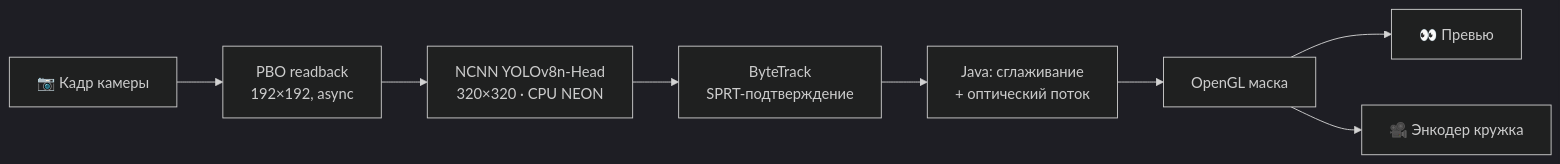
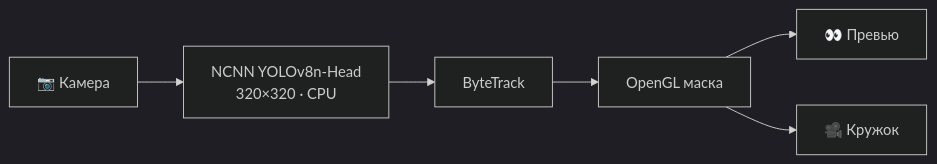
The diagram in README.md (gemeguardian/BlurFaces), drawn with Mermaid (dark theme) before and after one commit. The commit also changed other lines of this file, not shown here.

````diff
--- a/README.md
+++ b/README.md
@@ -35,10 +46,8 @@
 ```mermaid
 flowchart LR
-    A[📷 Кадр камеры] --> B[PBO readback<br/>192×192, async]
-    B --> C[NCNN YOLOv8n-Head<br/>320×320 · CPU NEON]
-    C --> D[ByteTrack<br/>SPRT-подтверждение]
-    D --> E[Java: сглаживание<br/>+ оптический поток]
-    E --> F[OpenGL маска]
-    F --> G[👀 Превью]
-    F --> H[🎥 Энкодер кружка]
+    A[📷 Камера] --> B[NCNN YOLOv8n-Head<br/>320×320 · CPU]
+    B --> C[ByteTrack]
+    C --> D[OpenGL маска]
+    D --> E[👀 Превью]
+    D --> F[🎥 Кружок]
 ```
````
